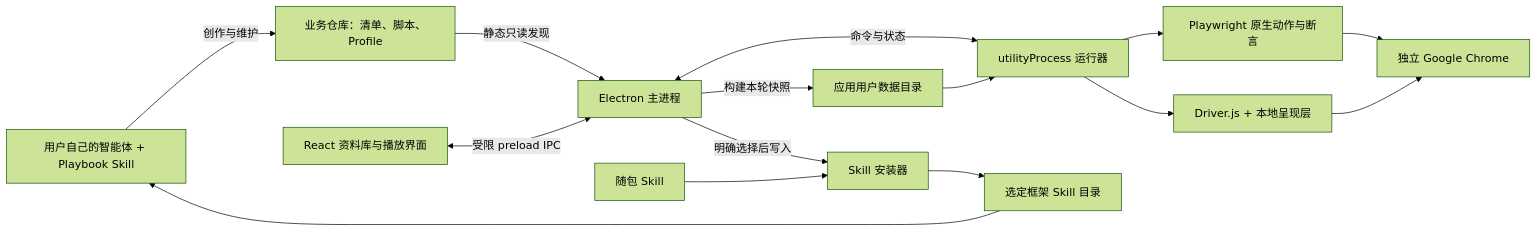
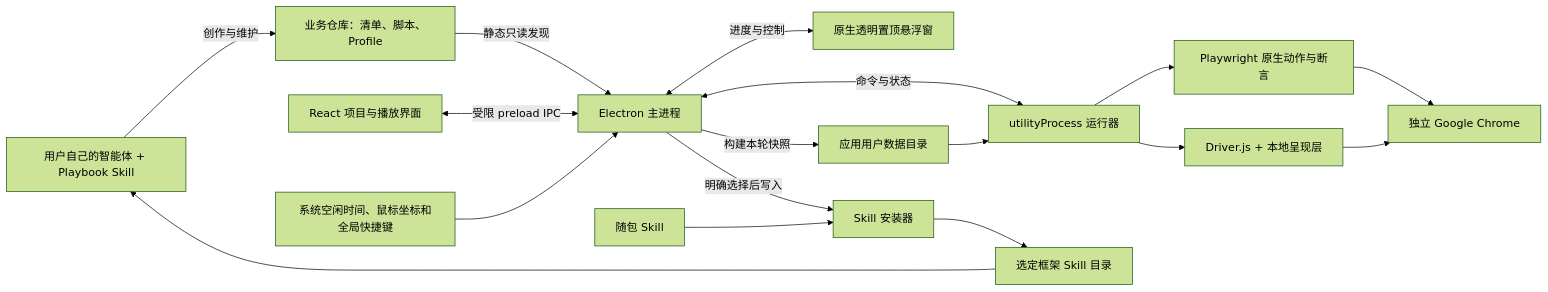
The first of 2 diagrams in docs/architecture.md (jakara/playbook), drawn with Mermaid (forest theme) before and after one commit. The commit also changed other lines of this file and 30 other files, not shown here.

````diff
--- a/docs/architecture.md
+++ b/docs/architecture.md
@@ -7,17 +7,19 @@
 ```mermaid
 flowchart LR
   Agent[用户自己的智能体 + Playbook Skill] -->|创作与维护| Assets[业务仓库：清单、脚本、Profile]
   Assets -->|静态只读发现| Main[Electron 主进程]
-  UI[React 资料库与播放界面] <-->|受限 preload IPC| Main
+  UI[React 项目与播放界面] <-->|受限 preload IPC| Main
+  Main <-->|进度与控制| HUD[原生透明置顶悬浮窗]
+  Input[系统空闲时间、鼠标坐标和全局快捷键] --> Main
   Main -->|构建本轮快照| Cache[应用用户数据目录]
   Main <-->|命令与状态| Runner[utilityProcess 运行器]
   Cache --> Runner
   Runner --> PW[Playwright 原生动作与断言]
   PW --> Chrome[独立 Google Chrome]
   Runner --> Guide[Driver.js + 本地呈现层]
   Guide --> Chrome
   Main -->|明确选择后写入| Installer[Skill 安装器]
   Bundle[随包 Skill] --> Installer
   Installer --> AgentDir[选定框架 Skill 目录]
   AgentDir --> Agent
 ```
````
